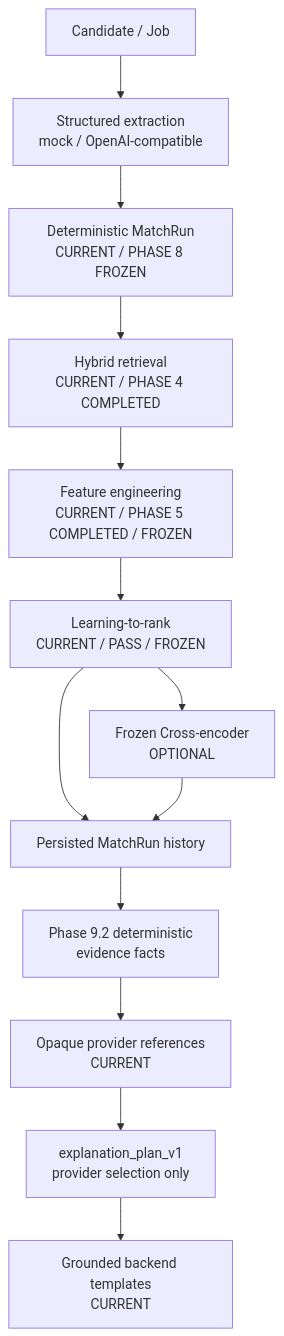
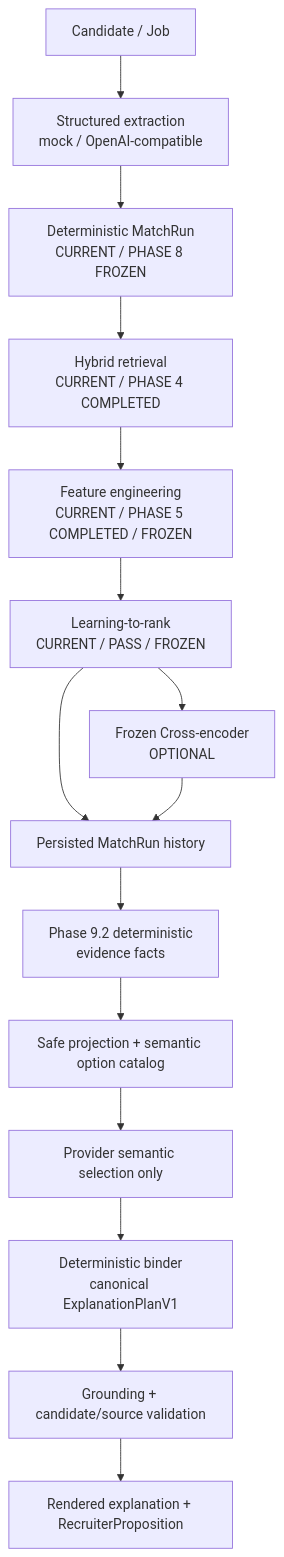
Before and after one commit to rM0on/peoplematch-agent: the second of 2 diagrams in docs/architecture.md, drawn with Mermaid. The commit also changed other lines of this file and 239 other files, not shown here.

````diff
--- a/docs/architecture.md
+++ b/docs/architecture.md
@@ -83,15 +85,17 @@
 ```mermaid
 flowchart TD
     Input["Candidate / Job"] --> Parser["Structured extraction\nmock / OpenAI-compatible"]
     Parser --> MatchRun["Deterministic MatchRun\nCURRENT / PHASE 8 FROZEN"]
     MatchRun --> Retrieval["Hybrid retrieval\nCURRENT / PHASE 4 COMPLETED"]
     Retrieval --> Features["Feature engineering\nCURRENT / PHASE 5 COMPLETED / FROZEN"]
     Features --> LTR["Learning-to-rank\nCURRENT / PASS / FROZEN"]
     LTR --> CrossEncoder["Frozen Cross-encoder\nOPTIONAL"]
     LTR --> History["Persisted MatchRun history"]
     CrossEncoder --> History
     History --> EvidenceFacts["Phase 9.2 deterministic\nevidence facts"]
-    EvidenceFacts --> Projection["Opaque provider references\nCURRENT"]
-    Projection --> Plan["explanation_plan_v1\nprovider selection only"]
-    Plan --> Explanation["Grounded backend templates\nCURRENT"]
+    EvidenceFacts --> Projection["Safe projection + semantic option catalog"]
+    Projection --> Selection["Provider semantic selection only"]
+    Selection --> Binder["Deterministic binder\ncanonical ExplanationPlanV1"]
+    Binder --> Grounding["Grounding + candidate/source validation"]
+    Grounding --> Explanation["Rendered explanation + RecruiterProposition"]
 ```
````
